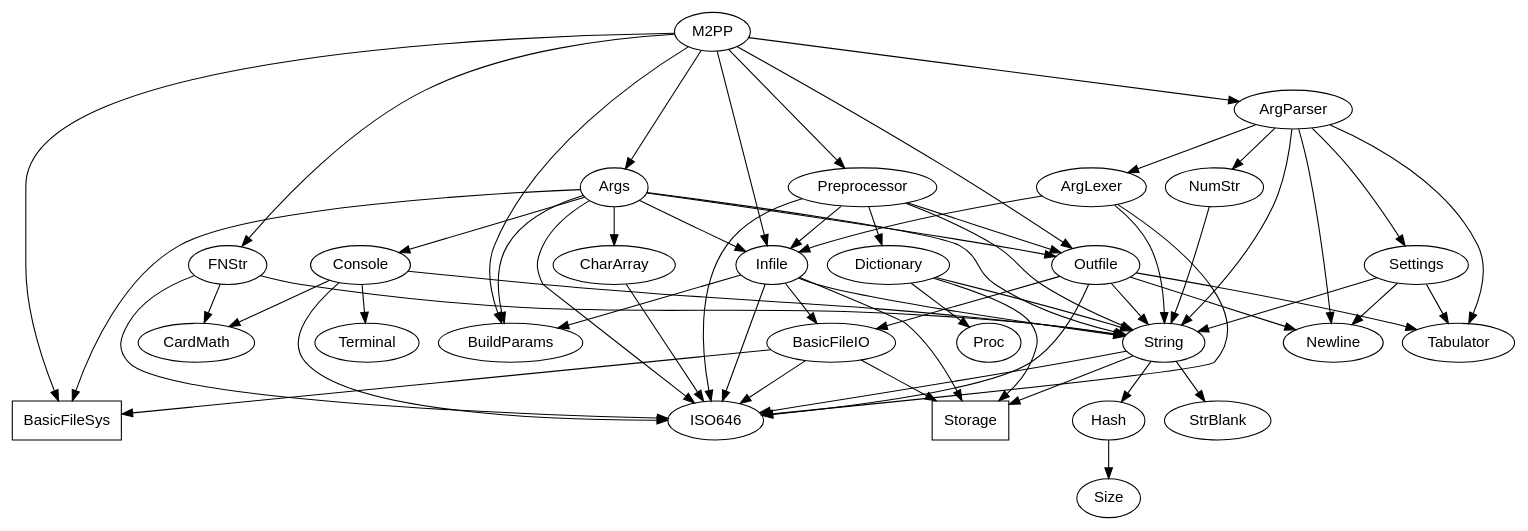
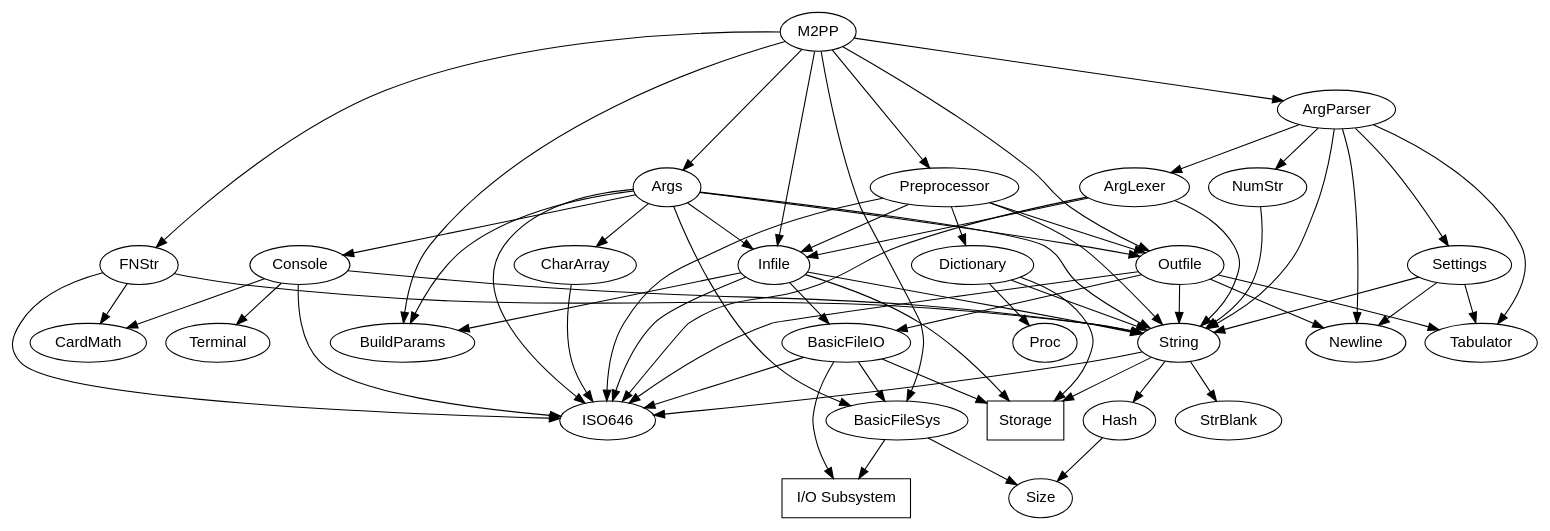
One commit to m2sf/M2PP-Module-Dependency-Graphs changed the diagram in M2PP.dep.dot. Above: the diagram before and after it, drawn with Graphviz. The commit also changed 8 other files, not shown here.

```diff
--- a/M2PP.dep.dot
+++ b/M2PP.dep.dot
@@ -1,90 +1,94 @@
 digraph M2PPDep {
   node [fontname=helvetica];
 
   M2PP -> {
     Args ArgParser BuildParams BasicFileSys FNStr Infile Outfile Preprocessor
   };
   
   Args -> {
     BuildParams CharArray Console BasicFileSys Infile ISO646 Outfile String
   };
   
   BuildParams; /* no dependencies */
   
   CharArray -> {
     ISO646
   };
   
   ISO646; /* no dependencies */
   
   Console -> {
     CardMath ISO646 String Terminal
   };
   
   CardMath; /* no dependencies */
   
   String -> {
     Hash ISO646 Storage StrBlank
   };
   
   Hash -> {
     Size
   };
   
   Size; /* no dependencies */
   
   Storage [shape=box]; /* stdlib */
   
   StrBlank; /* no dependencies */  
   
-  BasicFileSys [shape=box];
+  BasicFileSys -> {
+    Size IOSubsystem
+  };
+    
+  IOSubsystem [label="I/O Subsystem";shape=box];
   
   Infile -> {
     BasicFileIO BuildParams ISO646 Storage String
   };
   
   BasicFileIO -> {
-    BasicFileSys ISO646 Storage
+    BasicFileSys IOSubsystem ISO646 Storage
   };
   
   Outfile -> {
     BasicFileIO ISO646 Newline String Tabulator
   };
   
   Newline; /* no dependencies */  
   
   Tabulator; /* no dependencies */  
   
   ArgParser -> {
     ArgLexer Newline NumStr Settings String Tabulator
   };
   
   ArgLexer -> {
     Infile ISO646 String
   };
     
   NumStr -> {
     String
   };
     
   Settings -> {
     String Newline Tabulator
   };
   
   FNStr -> {
     CardMath ISO646 String
   };
   
   CardMath; /* no dependencies */
   
   Preprocessor -> {
     Dictionary Infile ISO646 Outfile String
   };
   
   Dictionary -> {
     Proc Storage String
   };
   
   Proc; /* no dependencies */
   
 } /* M2PPDep */
```
